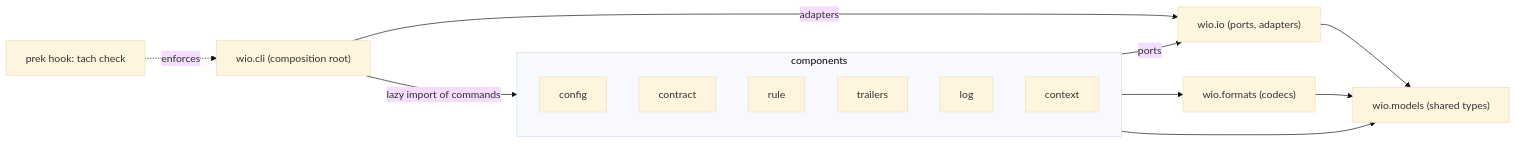
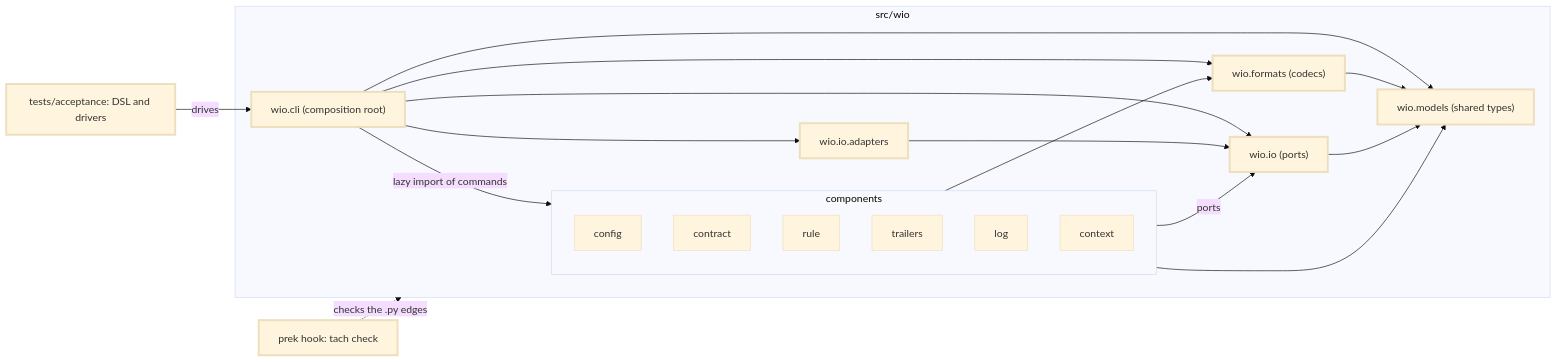
The second of 2 diagrams in .agents/wio/works/v0-1-foundation/README.md (msitarz/wio), drawn with Mermaid (base theme) before and after one commit. The commit also changed other lines of this file and 3 other files, not shown here.

````diff
--- a/.agents/wio/works/v0-1-foundation/README.md
+++ b/.agents/wio/works/v0-1-foundation/README.md
@@ -123,23 +134,32 @@
 ```mermaid
 flowchart LR
-    cli["wio.cli (composition root)"]
-    subgraph components
-        config
-        contract
-        rule
-        trailers
-        log
-        context
+    subgraph src_wio["src/wio"]
+        cli["wio.cli (composition root)"]:::new
+        subgraph components
+            config
+            contract
+            rule
+            trailers
+            log
+            context
+        end
+        adapters["wio.io.adapters"]:::new
+        io["wio.io (ports)"]:::new
+        formats["wio.formats (codecs)"]:::new
+        models["wio.models (shared types)"]:::new
+        cli -- "lazy import of commands" --> components
+        cli --> adapters
+        cli --> io
+        cli --> formats
+        cli --> models
+        adapters --> io
+        components -- "ports" --> io
+        components --> formats
+        components --> models
+        formats --> models
+        io --> models
     end
-    io["wio.io (ports, adapters)"]
-    formats["wio.formats (codecs)"]
-    models["wio.models (shared types)"]
-    cli -- "lazy import of commands" --> components
-    cli -- "adapters" --> io
-    components -- "ports" --> io
-    components --> formats
-    components --> models
-    formats --> models
-    io --> models
-    hook["prek hook: tach check"] -. "enforces" .-> cli
+    hook["prek hook: tach check"]:::new -. "checks the .py edges" .-> src_wio
+    acc["tests/acceptance: DSL and drivers"]:::new -- "drives" --> cli
+    classDef new stroke-width: 3px
 ```
````
